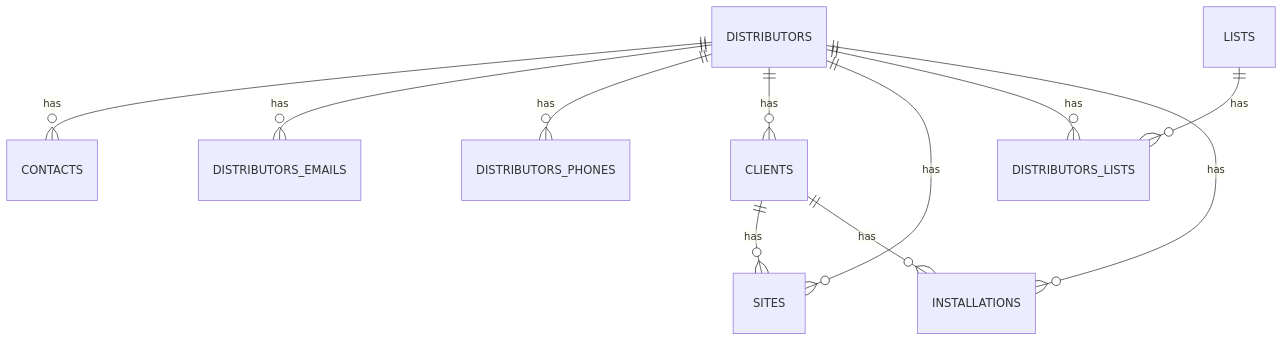
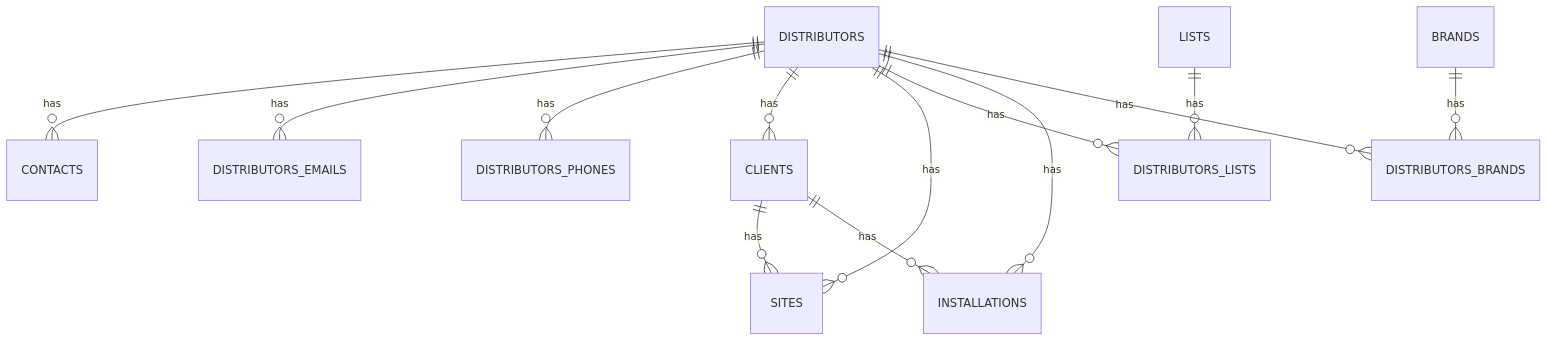
Before and after one commit to Juandiego001/lab-dental: the second of 37 diagrams in docs/db/db.md, drawn with Mermaid. The commit also changed other lines of this file and 21 other files, not shown here.

Commit message:
feat/brands-distributors - add brands to distributors when create or update - update database ERM docs - changes in backend - changes in frontend

````diff
--- a/docs/db/db.md
+++ b/docs/db/db.md
@@ -68,13 +69,15 @@
 ```mermaid
 erDiagram
     DISTRIBUTORS ||--o{ CONTACTS : has
     DISTRIBUTORS ||--o{ DISTRIBUTORS_EMAILS : has
     DISTRIBUTORS ||--o{ DISTRIBUTORS_PHONES : has
     DISTRIBUTORS ||--o{ CLIENTS : has
     DISTRIBUTORS ||--o{ SITES : has
     CLIENTS ||--o{ SITES : has
     DISTRIBUTORS ||--o{ DISTRIBUTORS_LISTS : has
     LISTS ||--o{ DISTRIBUTORS_LISTS : has
     DISTRIBUTORS ||--o{ INSTALLATIONS : has
     CLIENTS ||--o{ INSTALLATIONS : has
+    DISTRIBUTORS ||--o{ DISTRIBUTORS_BRANDS : has
+    BRANDS ||--o{ DISTRIBUTORS_BRANDS : has
 ```
````
